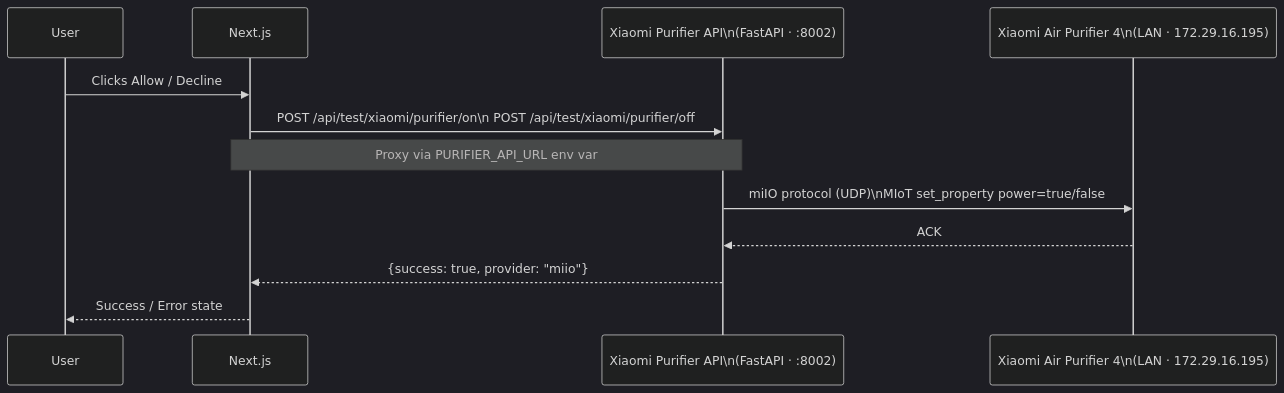
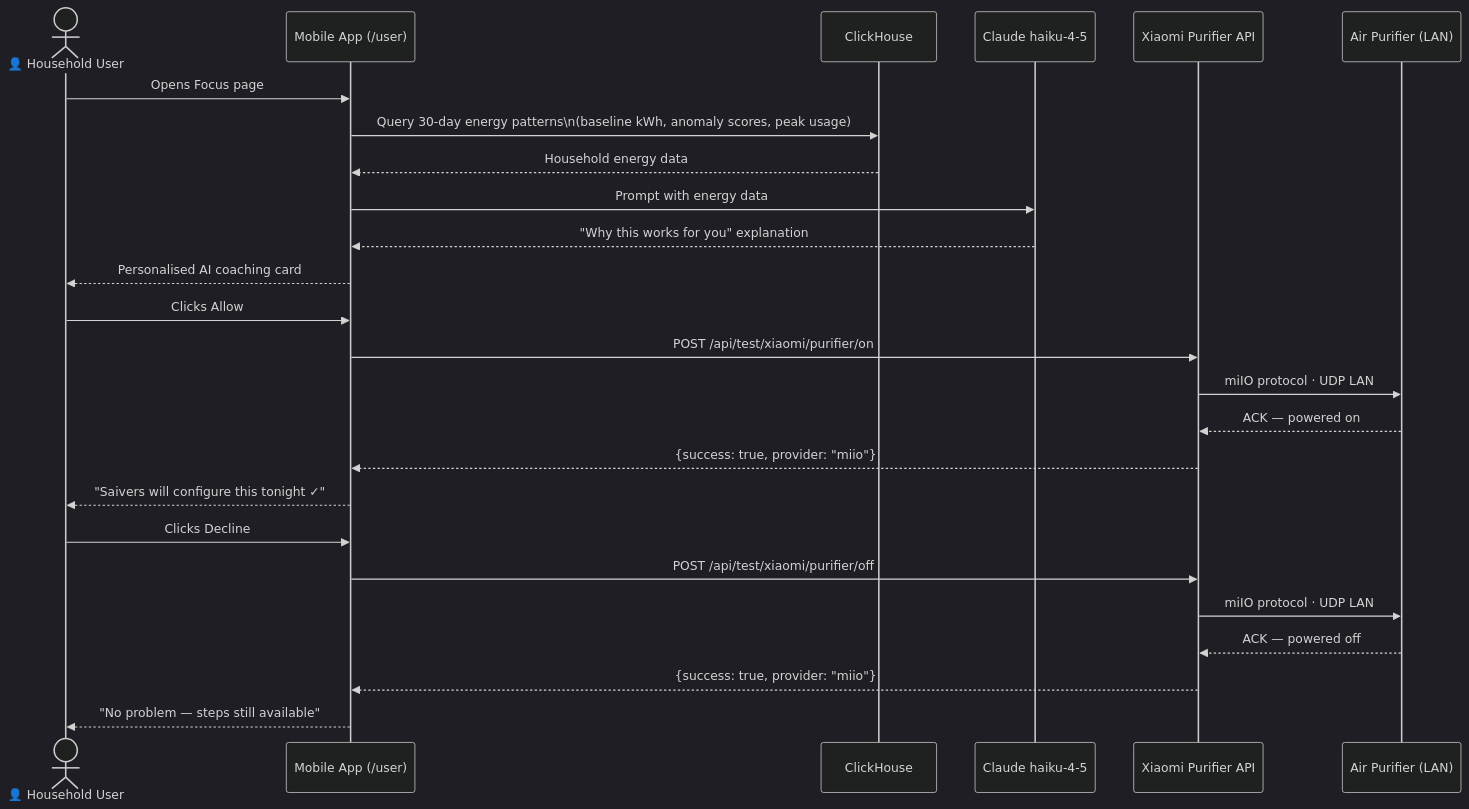
Before and after one commit to cenior-sitizen/saivers: the second of 3 diagrams in docs/architecture/README.md, drawn with Mermaid (dark theme). The commit also changed other lines of this file, not shown here.

Commit message:
docs: reframe architecture around two interfaces — mobile app vs admin dashboard

````diff
--- a/docs/architecture/README.md
+++ b/docs/architecture/README.md
@@ -54,15 +75,30 @@
 ```mermaid
 sequenceDiagram
-    participant User
-    participant Next.js
-    participant XiaomiAPI as Xiaomi Purifier API\n(FastAPI · :8002)
-    participant Device as Xiaomi Air Purifier 4\n(LAN · 172.29.16.195)
+    actor User as 👤 Household User
+    participant App as Mobile App (/user)
+    participant CH as ClickHouse
+    participant Claude as Claude haiku-4-5
+    participant XP as Xiaomi Purifier API
+    participant Device as Air Purifier (LAN)
 
-    User->>Next.js: Clicks Allow / Decline
-    Next.js->>XiaomiAPI: POST /api/test/xiaomi/purifier/on\n POST /api/test/xiaomi/purifier/off
-    Note over Next.js,XiaomiAPI: Proxy via PURIFIER_API_URL env var
-    XiaomiAPI->>Device: miIO protocol (UDP)\nMIoT set_property power=true/false
-    Device-->>XiaomiAPI: ACK
-    XiaomiAPI-->>Next.js: {success: true, provider: "miio"}
-    Next.js-->>User: Success / Error state
+    User->>App: Opens Focus page
+    App->>CH: Query 30-day energy patterns\n(baseline kWh, anomaly scores, peak usage)
+    CH-->>App: Household energy data
+    App->>Claude: Prompt with energy data
+    Claude-->>App: "Why this works for you" explanation
+    App-->>User: Personalised AI coaching card
+
+    User->>App: Clicks Allow
+    App->>XP: POST /api/test/xiaomi/purifier/on
+    XP->>Device: miIO protocol · UDP LAN
+    Device-->>XP: ACK — powered on
+    XP-->>App: {success: true, provider: "miio"}
+    App-->>User: "Saivers will configure this tonight ✓"
+
+    User->>App: Clicks Decline
+    App->>XP: POST /api/test/xiaomi/purifier/off
+    XP->>Device: miIO protocol · UDP LAN
+    Device-->>XP: ACK — powered off
+    XP-->>App: {success: true, provider: "miio"}
+    App-->>User: "No problem — steps still available"
 ```
````
